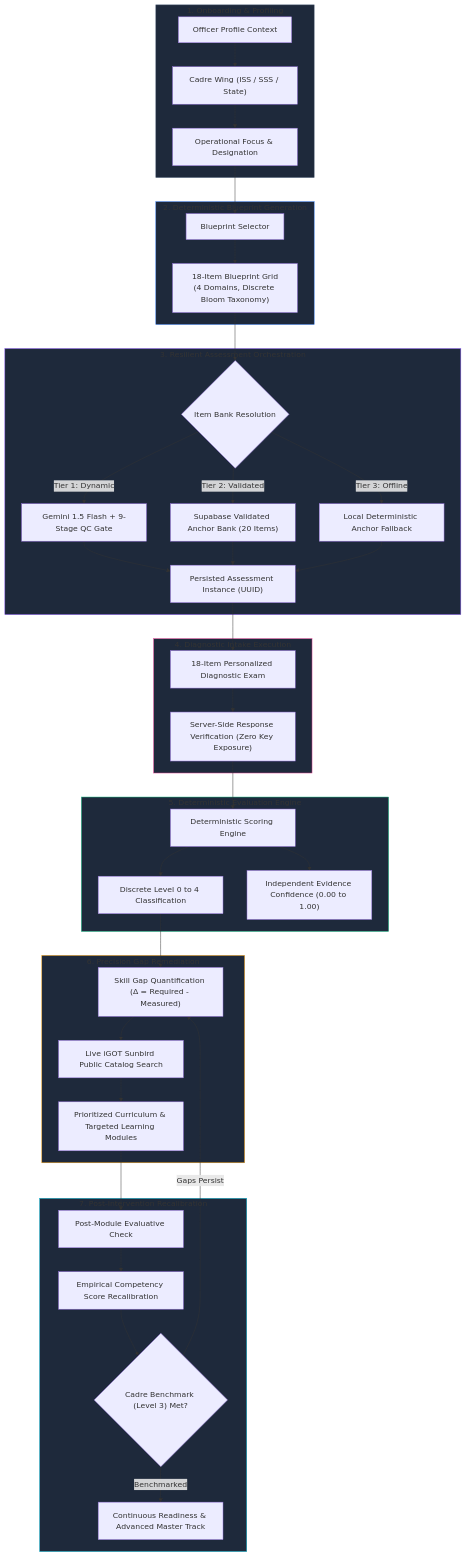
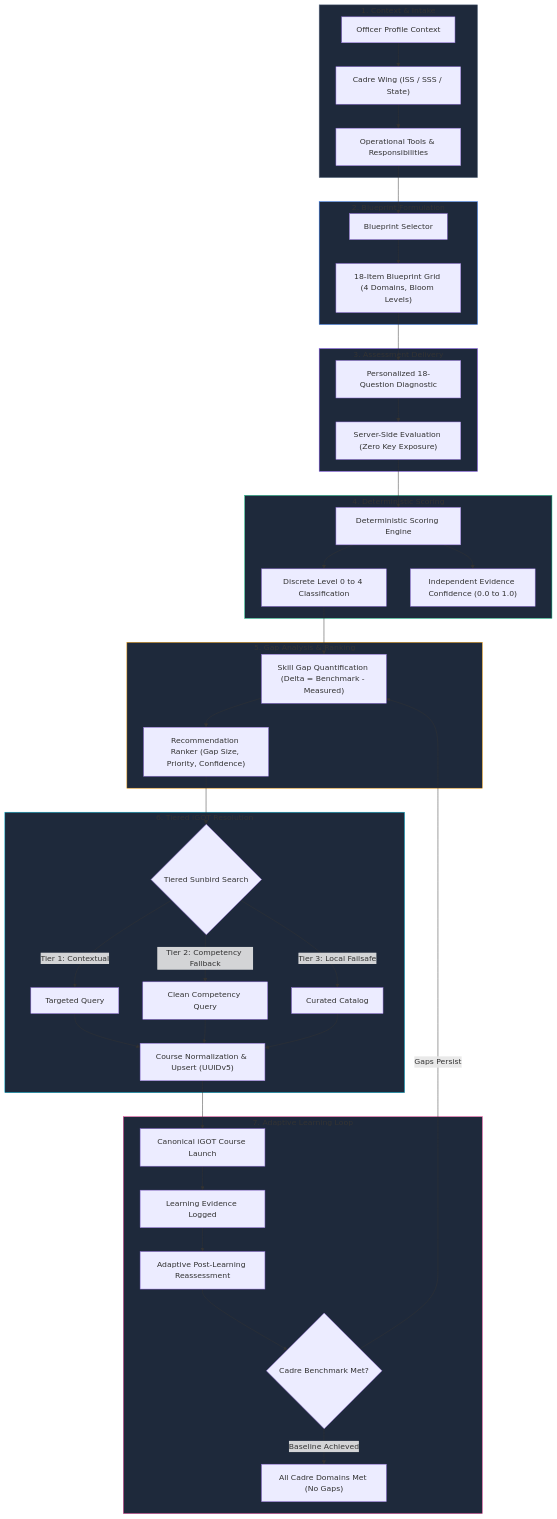
One commit to TechStrikers-39/VYREN changed the first of 2 diagrams in README.md. Above: the diagram before and after it, drawn with Mermaid. The commit also changed other lines of this file, not shown here.

````diff
--- a/README.md
+++ b/README.md
@@ -78,54 +137,53 @@
 ```mermaid
 flowchart TD
-    subgraph PROFILE ["1. Onboarding & Profiling"]
+    subgraph S1 ["1. Context & Intake"]
         A1["Officer Profile Context"] --> A2["Cadre Wing (ISS / SSS / State)"]
-        A2 --> A3["Operational Focus & Designation"]
+        A2 --> A3["Operational Tools & Responsibilities"]
     end
 
-    subgraph TARGET ["2. Deterministic Blueprint Generation"]
+    subgraph S2 ["2. Blueprint Formulation"]
         A3 --> B1["Blueprint Selector"]
-        B1 --> B2["18-Item Blueprint Grid
-(4 Domains, Discrete Bloom Taxonomy)"]
+        B1 --> B2["18-Item Blueprint Grid (4 Domains, Bloom Levels)"]
     end
 
-    subgraph GENERATE ["3. Resilient Assessment Orchestration"]
-        B2 --> C1{"Item Bank Resolution"}
-        C1 -- "Tier 1: Dynamic" --> C2["Gemini 1.5 Flash + 9-Stage QC Gate"]
-        C1 -- "Tier 2: Validated" --> C3["Supabase Validated Anchor Bank (20 Items)"]
-        C1 -- "Tier 3: Offline" --> C4["Local Deterministic Anchor Fallback"]
-        C2 & C3 & C4 --> C5["Persisted Assessment Instance (UUID)"]
+    subgraph S3 ["3. Assessment Delivery"]
+        B2 --> C1["Personalized 18-Question Diagnostic"]
+        C1 --> C2["Server-Side Evaluation (Zero Key Exposure)"]
     end
 
-    subgraph ASSESS ["4. Diagnostic Intake Execution"]
-        C5 --> D1["18-Item Personalized Diagnostic Exam"]
-        D1 --> D2["Server-Side Response Verification (Zero Key Exposure)"]
+    subgraph S4 ["4. Deterministic Scoring"]
+        C2 --> D1["Deterministic Scoring Engine"]
+        D1 --> D2["Discrete Level 0 to 4 Classification"]
+        D1 --> D3["Independent Evidence Confidence (0.0 to 1.0)"]
     end
 
-    subgraph SCORE ["5. Deterministic Evaluation Engine"]
-        D2 --> E1["Deterministic Scoring Engine"]
-        E1 --> E2["Discrete Level 0 to 4 Classification"]
-        E1 --> E3["Independent Evidence Confidence (0.00 to 1.00)"]
+    subgraph S5 ["5. Gap Analysis & Ranking"]
+        D2 --> E1["Skill Gap Quantification (Delta = Benchmark - Measured)"]
+        E1 --> E2["Recommendation Ranker (Gap Size, Priority, Confidence)"]
     end
 
-    subgraph REMEDIATE ["6. Precision Gap Remediation"]
-        E2 --> F1["Skill Gap Quantification (Δ = Required - Measured)"]
-        F1 --> F2["Live iGOT Sunbird Public Catalog Search"]
-        F2 --> F3["Prioritized Curriculum & Targeted Learning Modules"]
+    subgraph S6 ["6. Tiered iGOT Resolution"]
+        E2 --> F1{"Tiered Sunbird Search"}
+        F1 -- "Tier 1: Contextual" --> F2["Targeted Query"]
+        F1 -- "Tier 2: Competency Fallback" --> F3["Clean Competency Query"]
+        F1 -- "Tier 3: Local Failsafe" --> F4["Curated Catalog"]
+        F2 & F3 & F4 --> F5["Course Normalization & Upsert (UUIDv5)"]
     end
 
-    subgraph RECALIBRATE ["7. Post-Intervention Recalibration"]
-        F3 --> G1["Post-Module Evaluative Check"]
-        G1 --> G2["Empirical Competency Score Recalibration"]
-        G2 --> G3{"Cadre Benchmark (Level 3) Met?"}
-        G3 -- "Gaps Persist" --> F1
-        G3 -- "Benchmarked" --> G4["Continuous Readiness & Advanced Master Track"]
+    subgraph S7 ["7. Adaptive Learning Loop"]
+        F5 --> G1["Canonical iGOT Course Launch"]
+        G1 --> G2["Learning Evidence Logged"]
+        G2 --> G3["Adaptive Post-Learning Reassessment"]
+        G3 --> G4{"Cadre Benchmark Met?"}
+        G4 -- "Gaps Persist" --> E1
+        G4 -- "Baseline Achieved" --> G5["All Cadre Domains Met (No Gaps)"]
     end
 
-    style PROFILE fill:#1e293b,stroke:#64748b,stroke-width:1px
-    style TARGET fill:#1e293b,stroke:#3b82f6,stroke-width:1px
-    style GENERATE fill:#1e293b,stroke:#8b5cf6,stroke-width:1px
-    style ASSESS fill:#1e293b,stroke:#ec4899,stroke-width:1px
-    style SCORE fill:#1e293b,stroke:#10b981,stroke-width:1px
-    style REMEDIATE fill:#1e293b,stroke:#f59e0b,stroke-width:1px
-    style RECALIBRATE fill:#1e293b,stroke:#06b6d4,stroke-width:1px
+    style S1 fill:#1e293b,stroke:#64748b,stroke-width:1px
+    style S2 fill:#1e293b,stroke:#3b82f6,stroke-width:1px
+    style S3 fill:#1e293b,stroke:#8b5cf6,stroke-width:1px
+    style S4 fill:#1e293b,stroke:#10b981,stroke-width:1px
+    style S5 fill:#1e293b,stroke:#f59e0b,stroke-width:1px
+    style S6 fill:#1e293b,stroke:#06b6d4,stroke-width:1px
+    style S7 fill:#1e293b,stroke:#ec4899,stroke-width:1px
 ```
````
